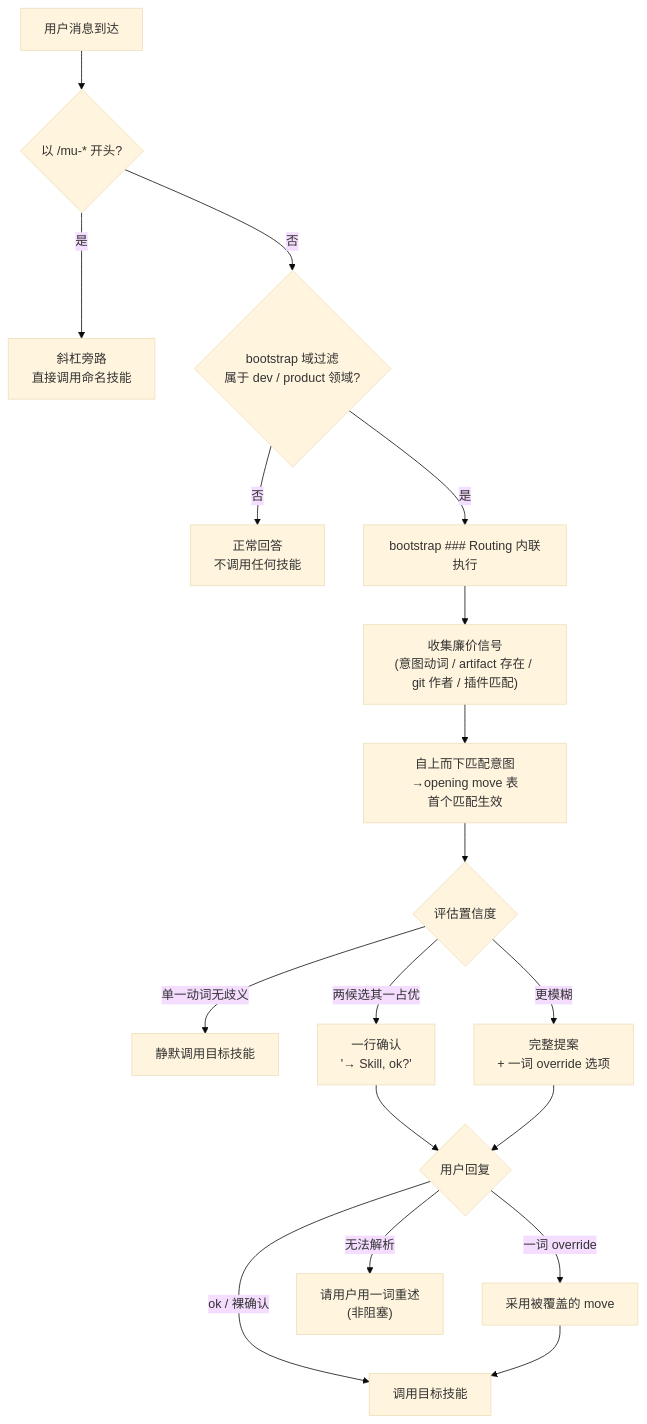
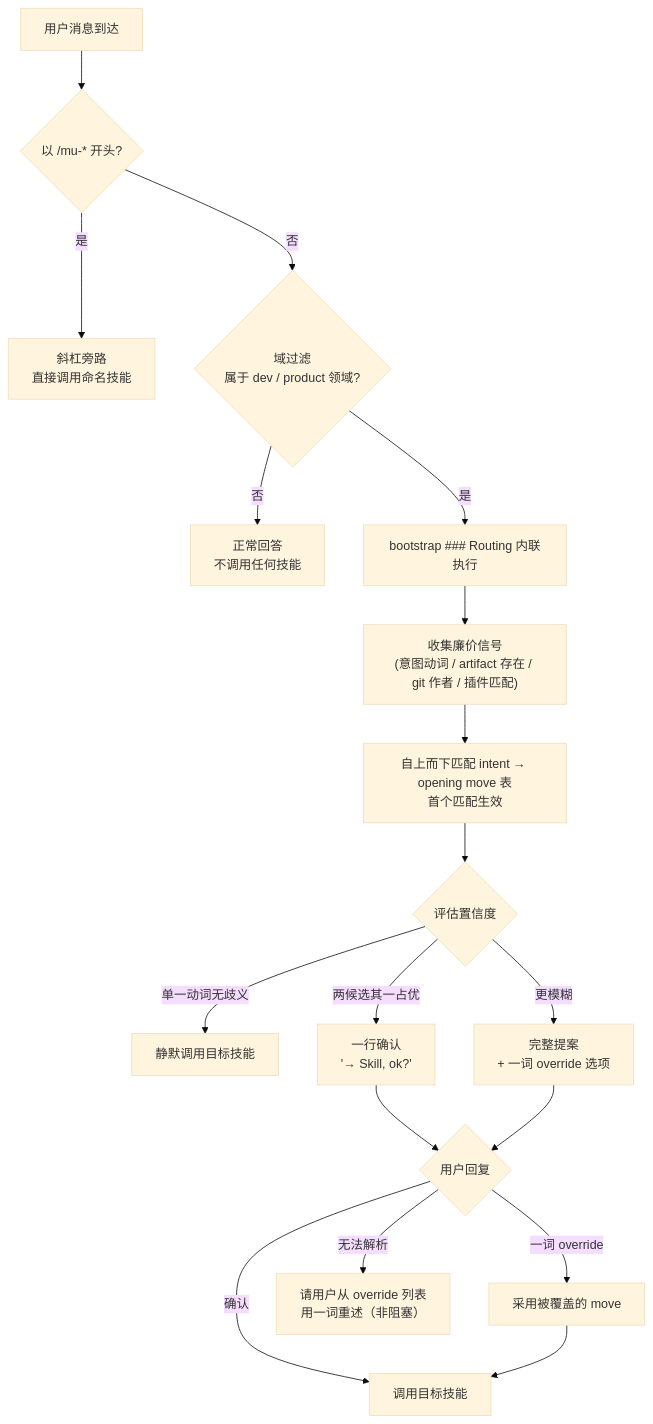
The first of 2 diagrams in docs/wiki/workflow-and-routing.md (knotmark-ai/devmuse), drawn with Mermaid (base theme) before and after one commit. The commit also changed other lines of this file and 6 other files, not shown here.

````diff
--- a/docs/wiki/workflow-and-routing.md
+++ b/docs/wiki/workflow-and-routing.md
@@ -24,19 +30,19 @@
 ```mermaid
 graph TD
     A["用户消息到达"] --> B{"以 /mu-* 开头?"}
     B -->|"是"| C["斜杠旁路<br/>直接调用命名技能"]
-    B -->|"否"| D{"bootstrap 域过滤<br/>属于 dev / product 领域?"}
+    B -->|"否"| D{"域过滤<br/>属于 dev / product 领域?"}
     D -->|"否"| E["正常回答<br/>不调用任何技能"]
     D -->|"是"| F["bootstrap ### Routing 内联执行"]
     F --> G["收集廉价信号<br/>(意图动词 / artifact 存在 / git 作者 / 插件匹配)"]
-    G --> H["自上而下匹配意图→opening move 表<br/>首个匹配生效"]
+    G --> H["自上而下匹配 intent → opening move 表<br/>首个匹配生效"]
     H --> I{"评估置信度"}
     I -->|"单一动词无歧义"| J["静默调用目标技能"]
     I -->|"两候选其一占优"| K["一行确认<br/>'→ Skill, ok?'"]
     I -->|"更模糊"| L["完整提案<br/>+ 一词 override 选项"]
     K --> M{"用户回复"}
     L --> M
-    M -->|"ok / 裸确认"| N["调用目标技能"]
+    M -->|"确认"| N["调用目标技能"]
     M -->|"一词 override"| O["采用被覆盖的 move"] --> N
-    M -->|"无法解析"| P["请用户用一词重述<br/>(非阻塞)"]
+    M -->|"无法解析"| P["请用户从 override 列表<br/>用一词重述（非阻塞）"]
 ```
````
